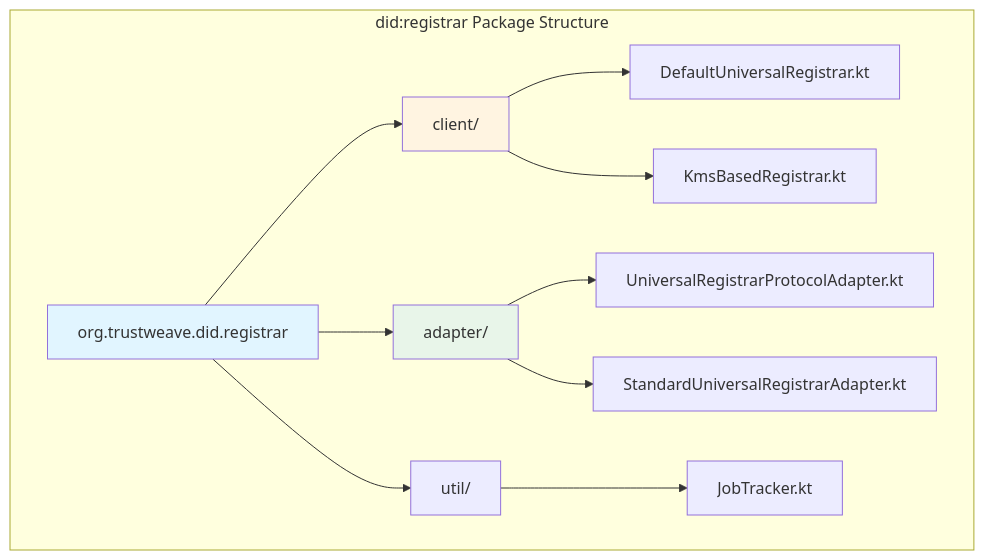
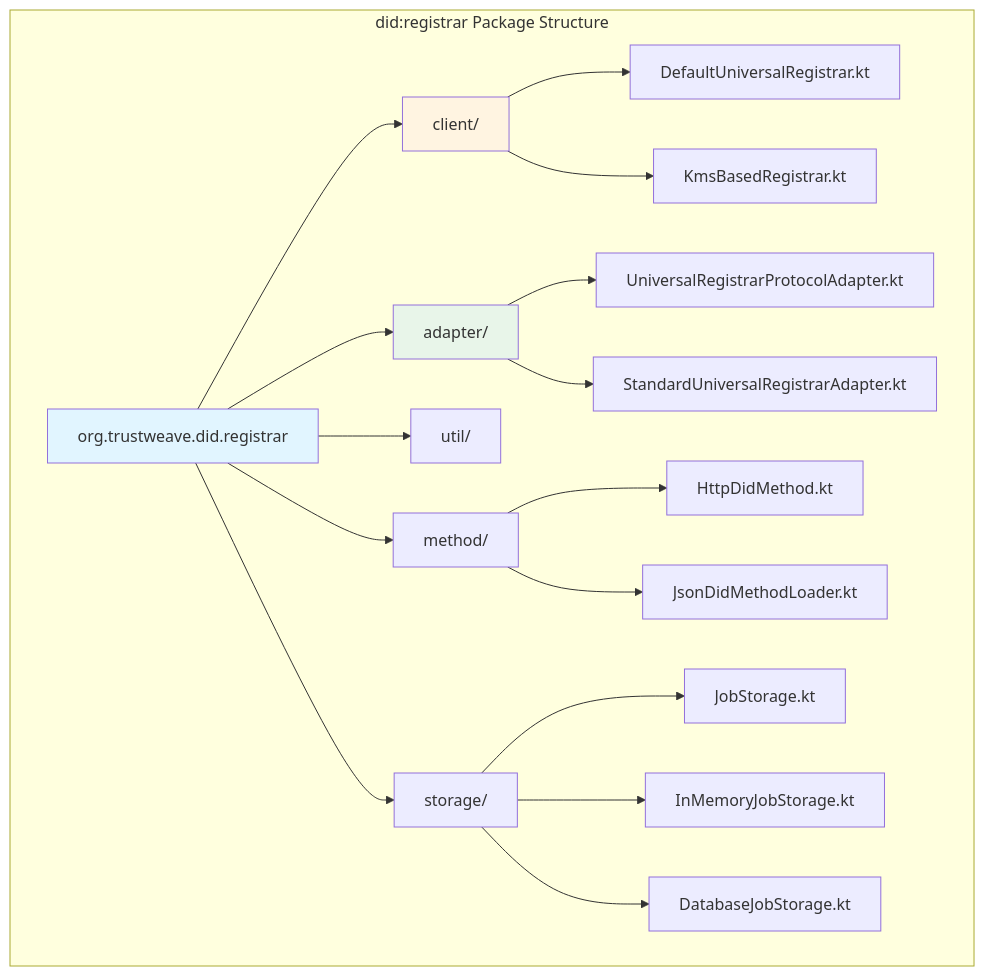
One commit to geoknoesis/trustweave changed the third of 3 diagrams in docs/modules/trustweave-did-registrar.md. Above: the diagram before and after it, drawn with Mermaid. The commit also changed other lines of this file and 184 other files, not shown here.

````diff
--- a/docs/modules/trustweave-did-registrar.md
+++ b/docs/modules/trustweave-did-registrar.md
@@ -373,21 +373,28 @@
 ```mermaid
 graph TD
     subgraph "did:registrar Package Structure"
         A[org.trustweave.did.registrar]
         A --> B[client/]
         A --> C[adapter/]
         A --> D[util/]
+        A --> M[method/]
+        A --> S[storage/]
 
         B --> B1[DefaultUniversalRegistrar.kt]
         B --> B2[KmsBasedRegistrar.kt]
 
         C --> C1[UniversalRegistrarProtocolAdapter.kt]
         C --> C2[StandardUniversalRegistrarAdapter.kt]
 
-        D --> D1[JobTracker.kt]
+        M --> M1[HttpDidMethod.kt]
+        M --> M2[JsonDidMethodLoader.kt]
+
+        S --> S1[JobStorage.kt]
+        S --> S2[InMemoryJobStorage.kt]
+        S --> S3[DatabaseJobStorage.kt]
     end
 
     style A fill:#e1f5ff
     style B fill:#fff4e1
     style C fill:#e8f5e9
 ```
````
